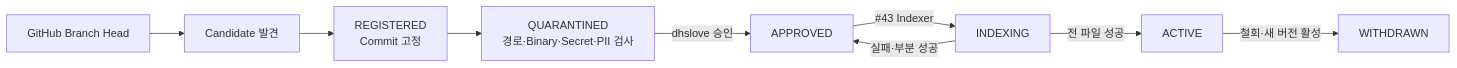
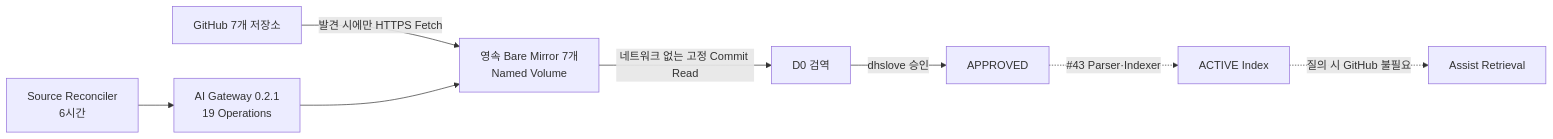
The diagram in docs/runbooks/source-registry-quarantine.md (ablecloud-team/ablestack-techflow), drawn with Mermaid before and after one commit. The commit also changed other lines of this file and 41 other files, not shown here.

Commit message:
Issue #42 영속 Source Mirror·1TB 운영 기반 보완

````diff
--- a/docs/runbooks/source-registry-quarantine.md
+++ b/docs/runbooks/source-registry-quarantine.md
@@ -13,11 +13,10 @@
 ```mermaid
 flowchart LR
-    GH["GitHub Branch Head"] --> DISC["Candidate 발견"]
-    DISC --> REG["REGISTERED\nCommit 고정"]
-    REG --> Q["QUARANTINED\n경로·Binary·Secret·PII 검사"]
+    GH["GitHub 7개 저장소"] -->|"발견 시에만 HTTPS Fetch"| MIRROR["영속 Bare Mirror 7개\nNamed Volume"]
+    TIMER["Source Reconciler\n6시간"] --> API["AI Gateway 0.2.1\n19 Operations"]
+    API --> MIRROR
+    MIRROR -->|"네트워크 없는 고정 Commit Read"| Q["D0 검역"]
     Q -->|"dhslove 승인"| A["APPROVED"]
-    A -->|"#43 Indexer"| I["INDEXING"]
-    I -->|"전 파일 성공"| ACTIVE["ACTIVE"]
-    I -->|"실패·부분 성공"| A
-    ACTIVE -->|"철회·새 버전 활성"| W["WITHDRAWN"]
+    A -. "#43 Parser·Indexer" .-> ACTIVE["ACTIVE Index"]
+    ACTIVE -. "질의 시 GitHub 불필요" .-> RAG["Assist Retrieval"]
 ```
````
